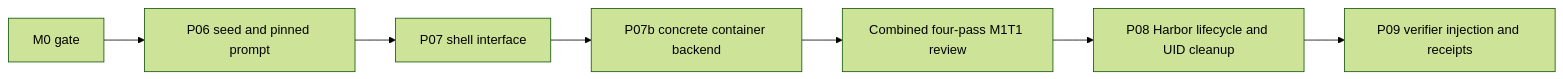
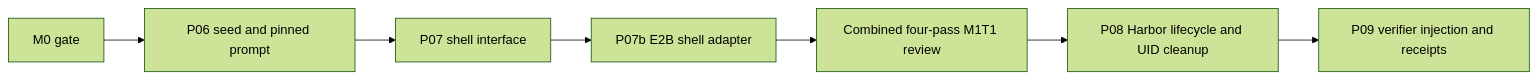
The diagram in docs/delivery-plan.md (divo12/Syndicate), drawn with Mermaid (forest theme) before and after one commit. The commit also changed other lines of this file and 7 other files, not shown here.

````diff
--- a/docs/delivery-plan.md
+++ b/docs/delivery-plan.md
@@ -14,9 +13,9 @@
 ```mermaid
 flowchart LR
   M0[M0 gate] --> P06[P06 seed and pinned prompt]
   P06 --> P07[P07 shell interface]
-  P07 --> P07b[P07b concrete container backend]
+  P07 --> P07b[P07b E2B shell adapter]
   P07b --> R[Combined four-pass M1T1 review]
   R --> P08[P08 Harbor lifecycle and UID cleanup]
   P08 --> P09[P09 verifier injection and receipts]
 ```
````
